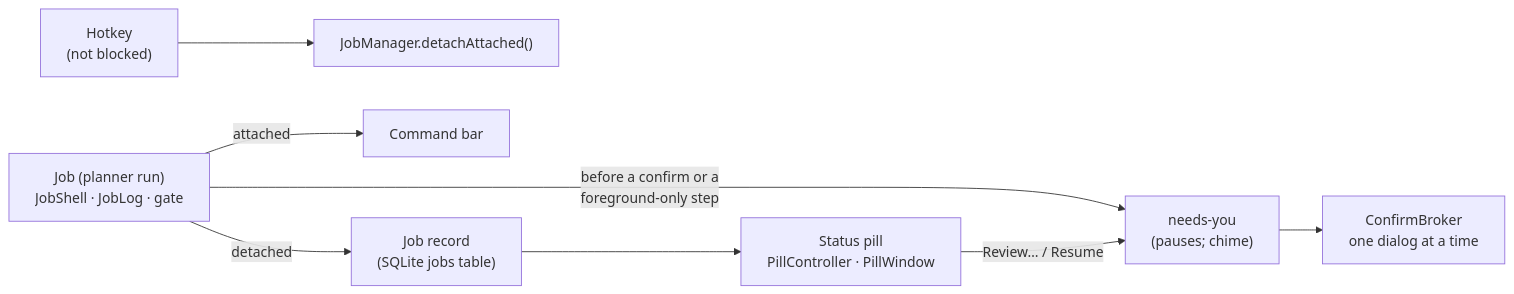
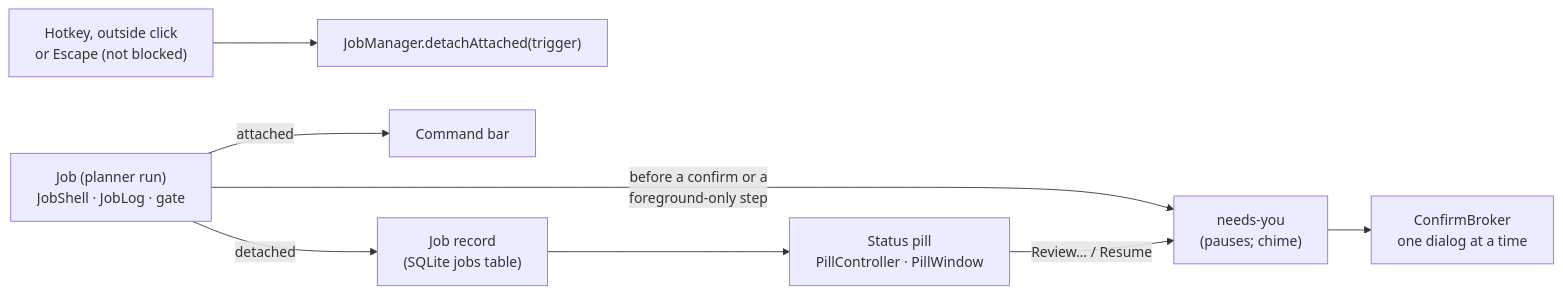
Diagram 11 of 12 in ARCHITECTURE.md (Sejall-089/voice-agent), drawn with Mermaid before and after one commit. The commit also changed other lines of this file and 5 other files, not shown here.

````diff
--- a/ARCHITECTURE.md
+++ b/ARCHITECTURE.md
@@ -709,10 +713,10 @@
 ```mermaid
 flowchart LR
-    Hotkey["Hotkey<br/>(not blocked)"] --> Detach["JobManager.detachAttached()"]
+    Hotkey["Hotkey, outside click<br/>or Escape (not blocked)"] --> Detach["JobManager.detachAttached(trigger)"]
     Job["Job (planner run)<br/>JobShell · JobLog · gate"] -->|attached| Bar["Command bar"]
     Job -->|detached| Record["Job record<br/>(SQLite jobs table)"]
     Record --> Pill["Status pill<br/>PillController · PillWindow"]
     Job -->|before a confirm or a<br/>foreground-only step| Wait["needs-you<br/>(pauses; chime)"]
     Pill -->|Review… / Resume| Wait
     Wait --> Broker["ConfirmBroker<br/>one dialog at a time"]
 ```
````
